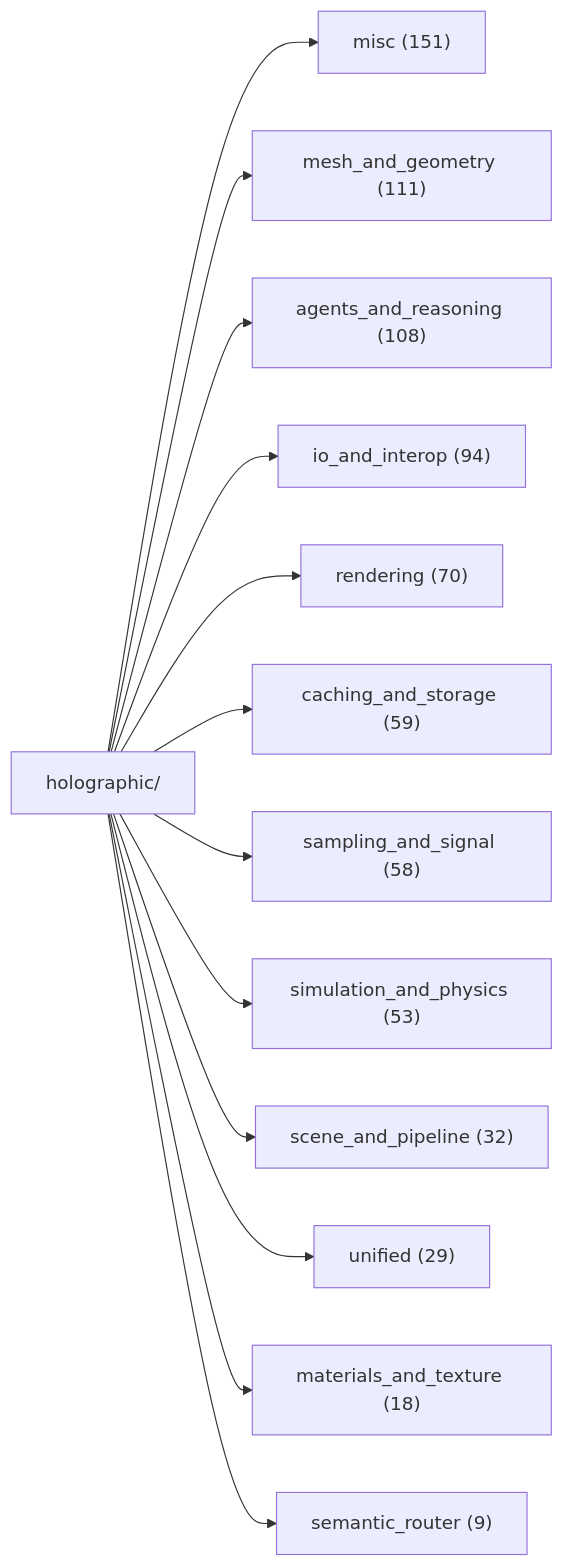
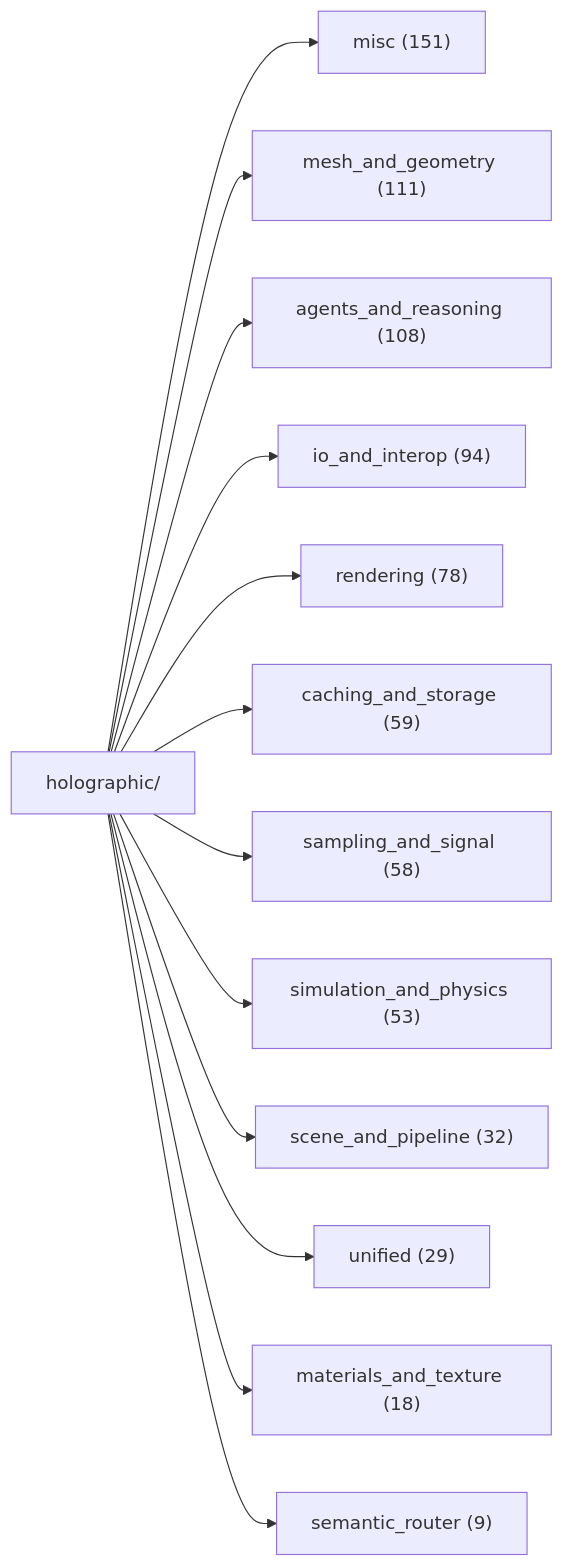
Before and after one commit to AnOversizedMooseWithSocks/leCore: the first of 2 diagrams in docs/DOC_MAP.md, drawn with Mermaid. The commit also changed other lines of this file and 5 other files, not shown here.

````diff
--- a/docs/DOC_MAP.md
+++ b/docs/DOC_MAP.md
@@ -39,16 +39,16 @@
 ```mermaid
 graph LR
     H[holographic/]
     H --> misc["misc (151)"]
     H --> mesh["mesh_and_geometry (111)"]
     H --> agen["agents_and_reasoning (108)"]
     H --> io_a["io_and_interop (94)"]
-    H --> rend["rendering (70)"]
+    H --> rend["rendering (78)"]
     H --> cach["caching_and_storage (59)"]
     H --> samp["sampling_and_signal (58)"]
     H --> simu["simulation_and_physics (53)"]
     H --> scen["scene_and_pipeline (32)"]
     H --> unif["unified (29)"]
     H --> mate["materials_and_texture (18)"]
     H --> sema["semantic_router (9)"]
 ```
````
